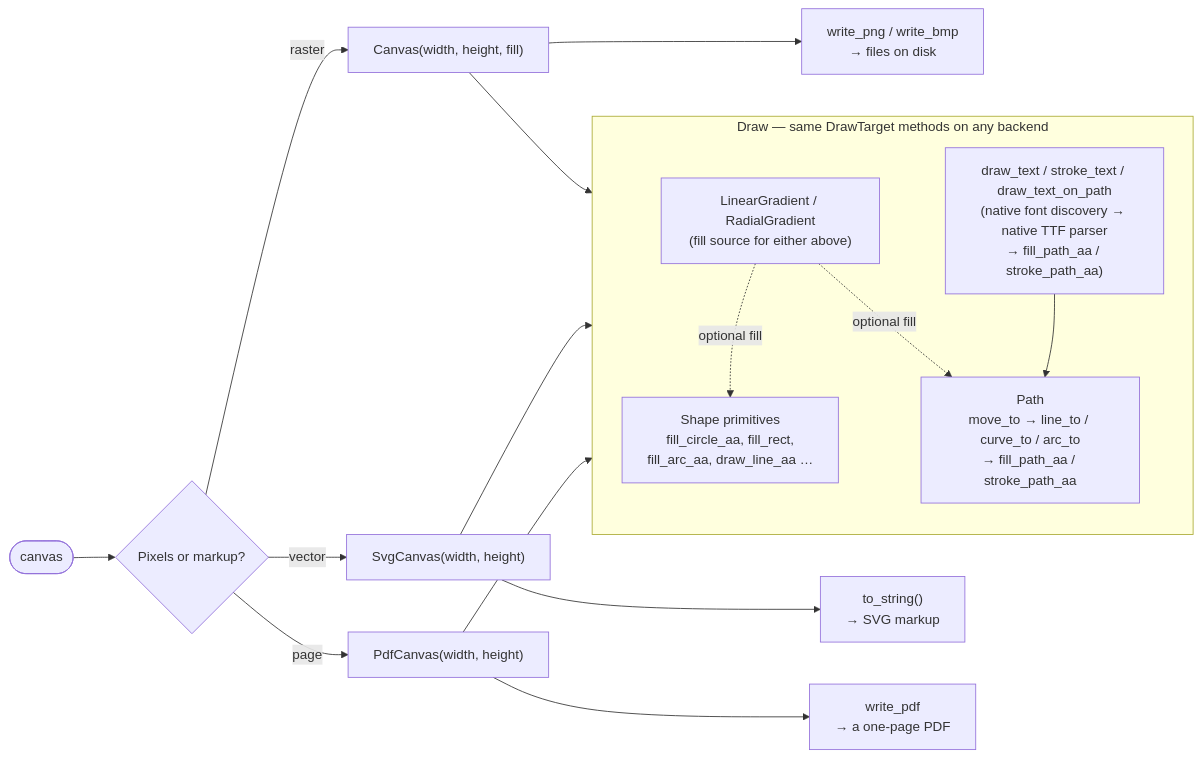
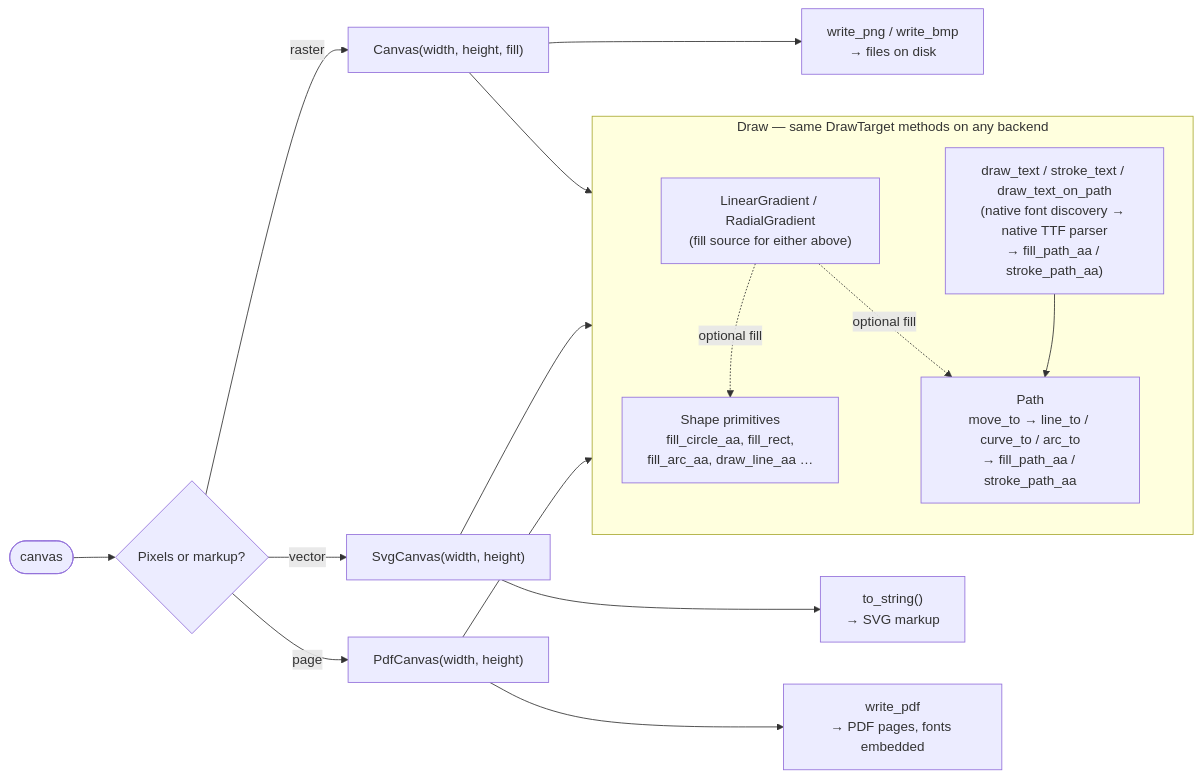
The diagram in README.md (randyzwitch/canvas_mojo), drawn with Mermaid before and after one commit. The commit also changed other lines of this file and 4 other files, not shown here.

````diff
--- a/README.md
+++ b/README.md
@@ -64,28 +64,28 @@
 ```mermaid
 flowchart LR
     Start(["canvas"]) --> Pick{"Pixels or markup?"}
 
     Pick -->|"raster"| Canvas["Canvas(width, height, fill)"]
     Pick -->|"vector"| Svg["SvgCanvas(width, height)"]
     Pick -->|"page"| Pdf["PdfCanvas(width, height)"]
 
     Canvas --> Draw
     Svg --> Draw
     Pdf --> Draw
 
     subgraph Draw["Draw — same DrawTarget methods on any backend"]
         direction TB
         Prim["Shape primitives<br/>fill_circle_aa, fill_rect,<br/>fill_arc_aa, draw_line_aa …"]
         PathAPI["Path<br/>move_to → line_to / curve_to / arc_to<br/>→ fill_path_aa / stroke_path_aa"]
         Text["draw_text / stroke_text / draw_text_on_path<br/>(native font discovery → native TTF parser<br/>→ fill_path_aa / stroke_path_aa)"]
         Grad["LinearGradient / RadialGradient<br/>(fill source for either above)"]
 
         Text --> PathAPI
         Grad -.->|"optional fill"| Prim
         Grad -.->|"optional fill"| PathAPI
     end
 
     Canvas --> Png["write_png / write_bmp<br/>→ files on disk"]
     Svg --> Str["to_string()<br/>→ SVG markup"]
-    Pdf --> File["write_pdf<br/>→ a one-page PDF"]
+    Pdf --> File["write_pdf<br/>→ PDF pages, fonts embedded"]
 ```
````
